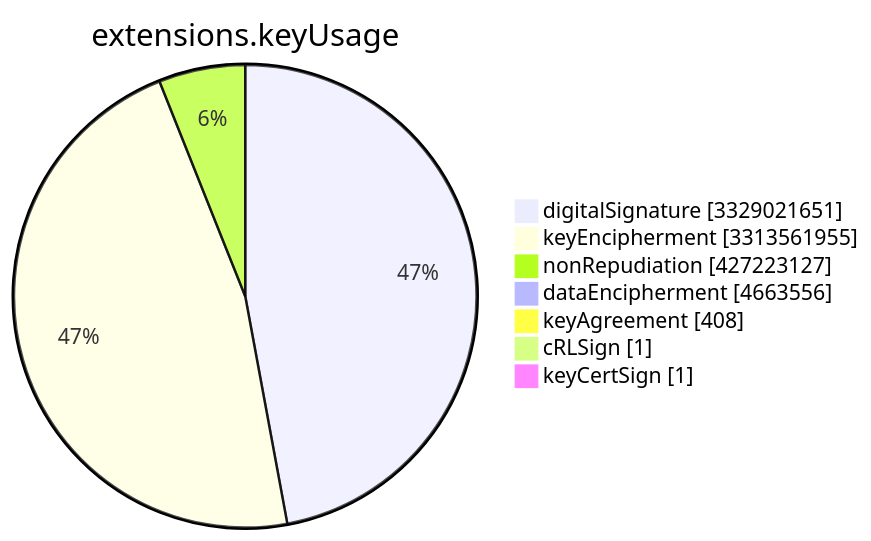
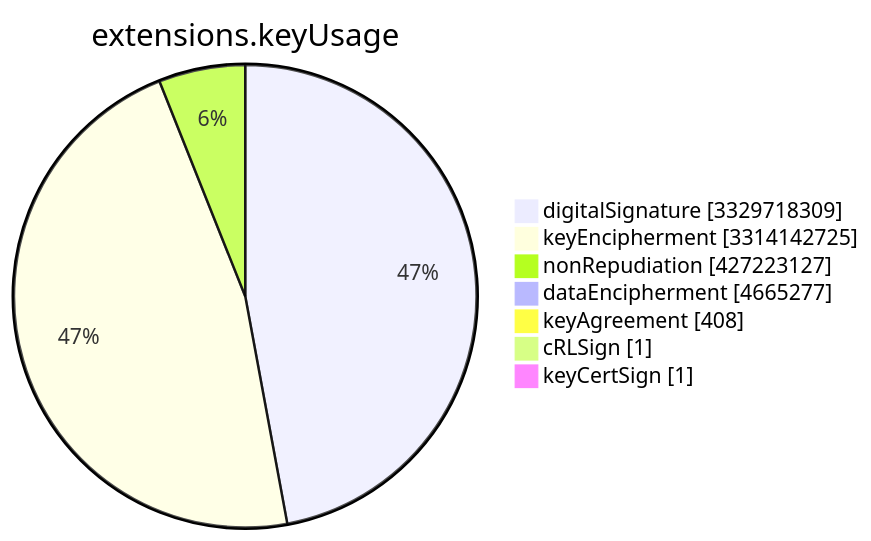
The sixth of 15 diagrams in TOTAL/README.md (christiankrug/ctmonitor_visualization), drawn with Mermaid before and after one commit. The commit also changed other lines of this file, not shown here.

````diff
--- a/TOTAL/README.md
+++ b/TOTAL/README.md
@@ -3078,11 +3078,11 @@
 ```mermaid
 pie showData
 title extensions.keyUsage
-"digitalSignature" :3329021651
-"keyEncipherment" :3313561955
+"digitalSignature" :3329718309
+"keyEncipherment" :3314142725
 "nonRepudiation" :427223127
-"dataEncipherment" :4663556
+"dataEncipherment" :4665277
 "keyAgreement" :408
 "cRLSign" :1
 "keyCertSign" :1
 ```
````
